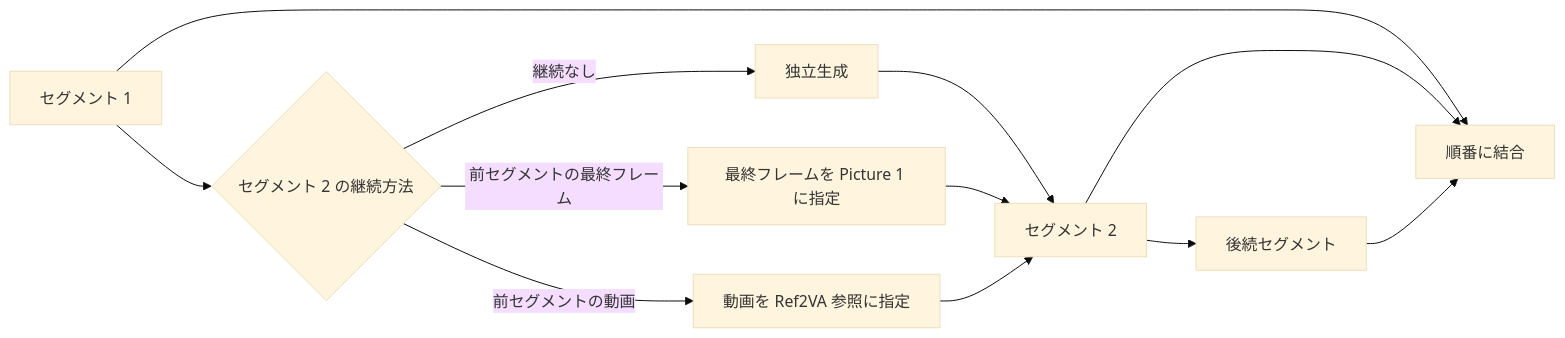
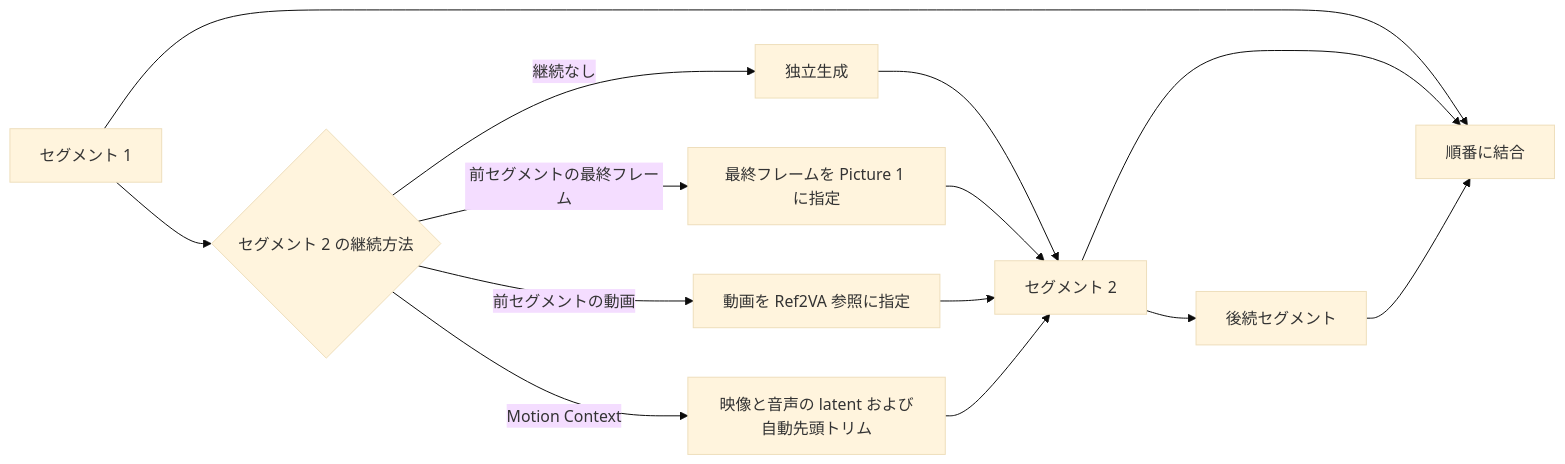
One commit to siyuan-liu31/h3-studio changed the second of 2 diagrams in README.ja.md. Above: the diagram before and after it, drawn with Mermaid (base theme). The commit also changed other lines of this file and 35 other files, not shown here.

Commit message:
feat(video): add Motion Context composition

````diff
--- a/README.ja.md
+++ b/README.ja.md
@@ -111,14 +111,16 @@
 ```mermaid
 flowchart LR
   S1[セグメント 1] --> C{セグメント 2 の継続方法}
   C -->|継続なし| N[独立生成]
   C -->|前セグメントの最終フレーム| F[最終フレームを Picture 1 に指定]
   C -->|前セグメントの動画| V[動画を Ref2VA 参照に指定]
+  C -->|Motion Context| L[映像と音声の latent および自動先頭トリム]
   N --> S2[セグメント 2]
   F --> S2
   V --> S2
+  L --> S2
   S2 --> S3[後続セグメント]
   S1 --> Merge[順番に結合]
   S2 --> Merge
   S3 --> Merge
 ```
````
